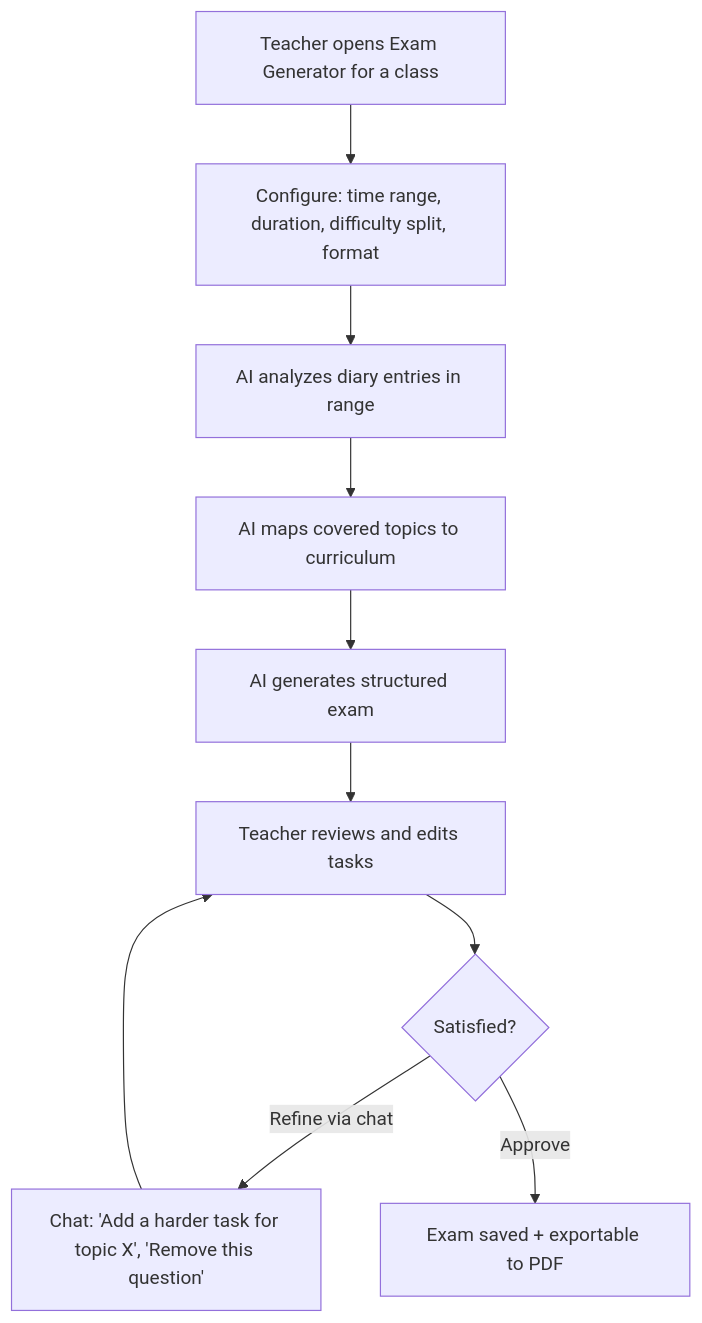
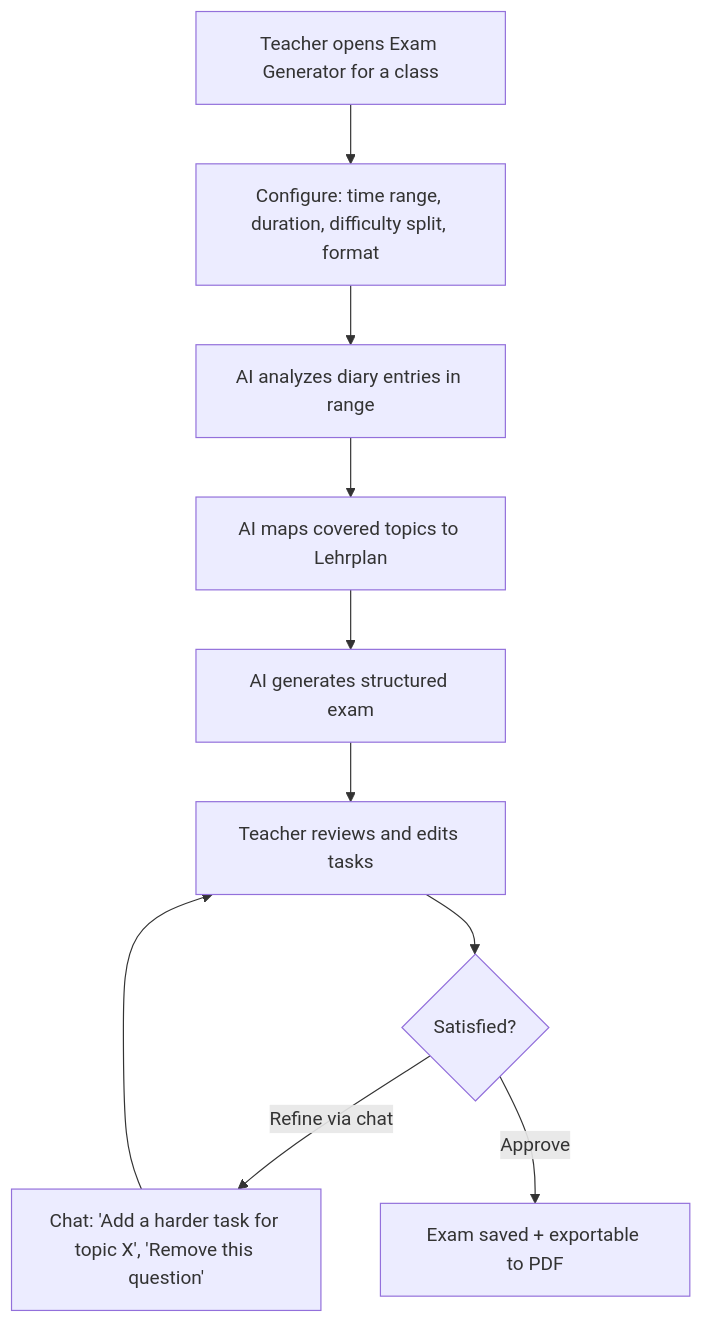
The third of 5 diagrams in docs/VISION.md (Code-Snap-UG/chalkdust), drawn with Mermaid before and after one commit. The commit also changed other lines of this file and 27 other files, not shown here.

````diff
--- a/docs/VISION.md
+++ b/docs/VISION.md
@@ -272,12 +272,12 @@
 ```mermaid
 flowchart TD
     A[Teacher opens Exam Generator for a class] --> B["Configure: time range, duration, difficulty split, format"]
     B --> C[AI analyzes diary entries in range]
-    C --> D[AI maps covered topics to curriculum]
+    C --> D[AI maps covered topics to Lehrplan]
     D --> E[AI generates structured exam]
     E --> F[Teacher reviews and edits tasks]
     F --> G{Satisfied?}
     G -->|Refine via chat| H[Chat: 'Add a harder task for topic X', 'Remove this question']
     H --> F
     G -->|Approve| I[Exam saved + exportable to PDF]
 ```
````
